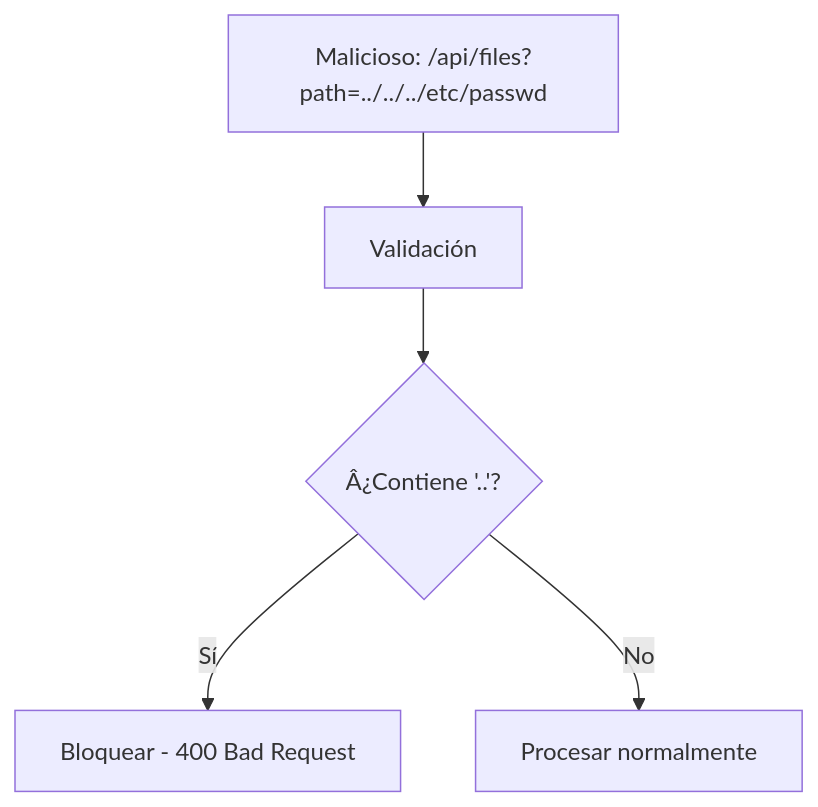
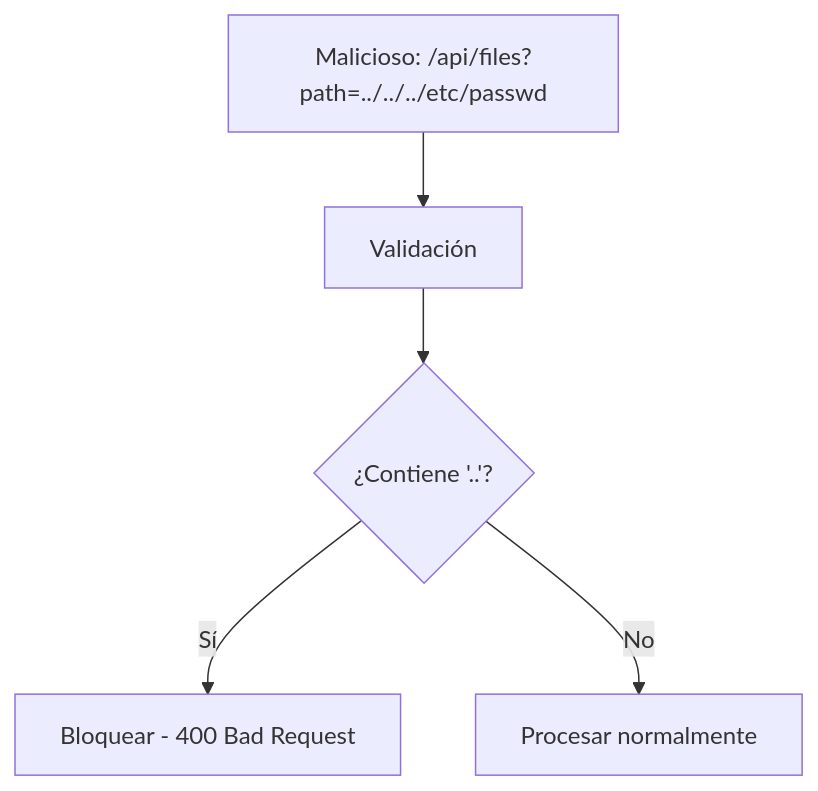
One commit to joseluisgs/TiendaDawApi-Cqrs-MediatR-NetCore changed the third of 4 diagrams in doc/22-file-storage.md. Above: the diagram before and after it, drawn with Mermaid. The commit also changed other lines of this file and 27 other files, not shown here.

````diff
--- a/doc/22-file-storage.md
+++ b/doc/22-file-storage.md
@@ -549,7 +549,7 @@
 ```mermaid
 flowchart TD
     A["Malicioso: /api/files?path=../../../etc/passwd"] --> B["Validación"]
-    B --> C{"Â¿Contiene '..'?"}
+    B --> C{"¿Contiene '..'?"}
     C -->|Sí| D["Bloquear - 400 Bad Request"]
     C -->|No| E["Procesar normalmente"]
 ```
````
